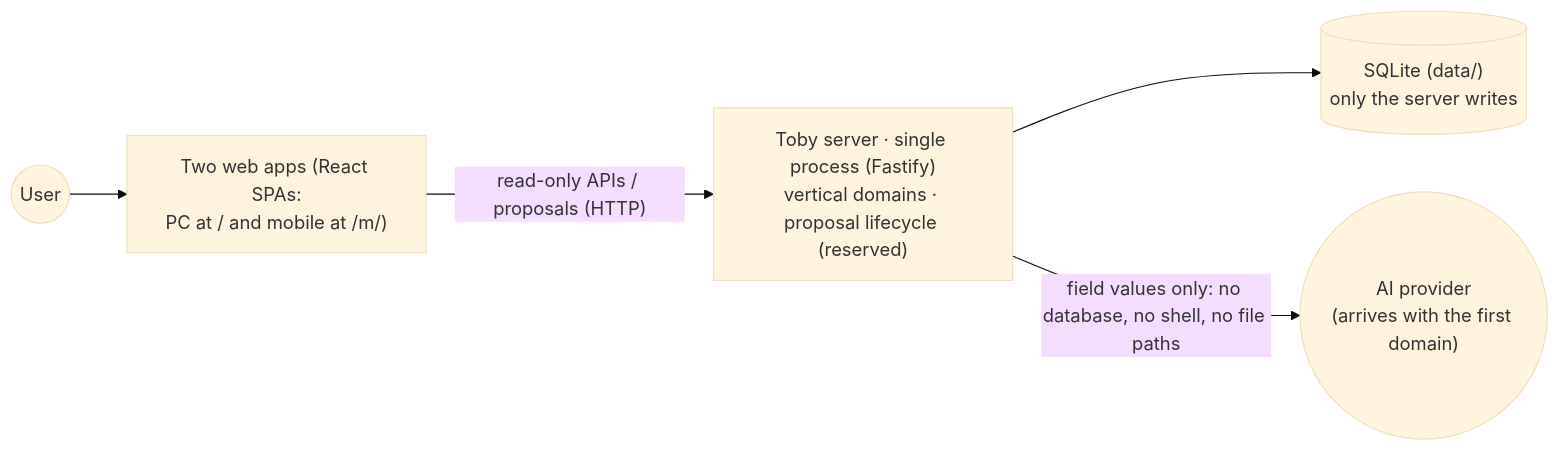
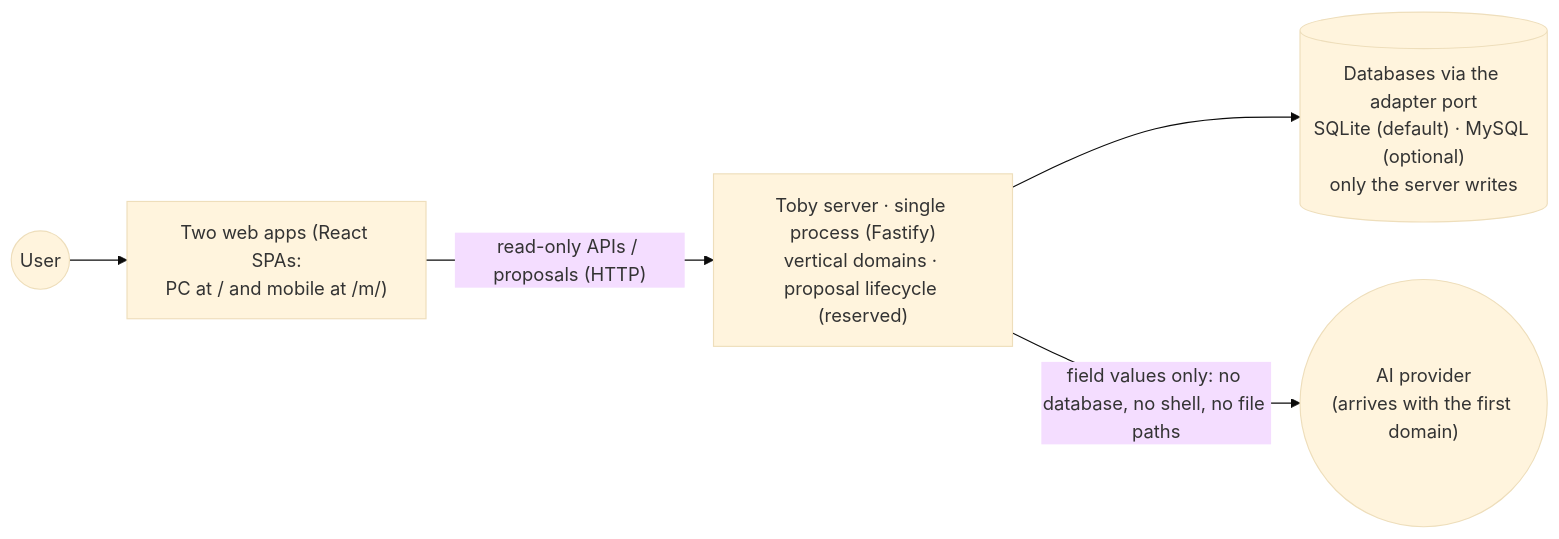
Before and after one commit to dengyusys/toby: the first of 3 diagrams in docs/system-overview.md, drawn with Mermaid (base theme). The commit also changed other lines of this file and 28 other files, not shown here.

Commit message:
feat(server): database port with sqlite and mysql adapters

````diff
--- a/docs/system-overview.md
+++ b/docs/system-overview.md
@@ -23,7 +23,7 @@
 ```mermaid
 flowchart LR
     U(("User")) --> W["Two web apps (React SPAs:<br/>PC at / and mobile at /m/)"]
     W -->|"read-only APIs / proposals (HTTP)"| S["Toby server · single process (Fastify)<br/>vertical domains · proposal lifecycle (reserved)"]
-    S --> DB[("SQLite (data/)<br/>only the server writes")]
+    S --> DB[("Databases via the adapter port<br/>SQLite (default) · MySQL (optional)<br/>only the server writes")]
     S -->|"field values only: no database, no shell, no file paths"| AI(("AI provider<br/>(arrives with the first domain)"))
 ```
````
